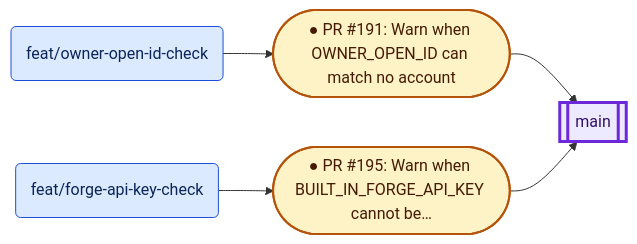
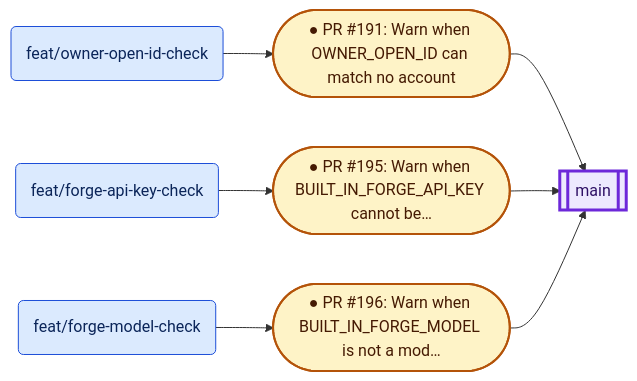
Before and after one commit to VijayKumaro7/NotionAI_Notepad: the fifth of 7 diagrams in docs/PR_BRANCH_VISUALIZATION.md, drawn with Mermaid. The commit also changed other lines of this file and 2 other files, not shown here.

````diff
--- a/docs/PR_BRANCH_VISUALIZATION.md
+++ b/docs/PR_BRANCH_VISUALIZATION.md
@@ -783,17 +791,21 @@
 ```mermaid
 flowchart LR
-  b92("feat/owner-open-id-check"):::source
-  b97[["main"]]:::target
-  b91("feat/forge-api-key-check"):::source
+  b94("feat/owner-open-id-check"):::source
+  b99[["main"]]:::target
+  b92("feat/forge-api-key-check"):::source
+  b93("feat/forge-model-check"):::source
   p191(["● PR #191: Warn when OWNER_OPEN_ID can match no account"]):::open
   p195(["● PR #195: Warn when BUILT_IN_FORGE_API_KEY cannot be…"]):::open
-  b92 --> p191
-  p191 --> b97
-  b91 --> p195
-  p195 --> b97
+  p196(["● PR #196: Warn when BUILT_IN_FORGE_MODEL is not a mod…"]):::open
+  b94 --> p191
+  p191 --> b99
+  b92 --> p195
+  p195 --> b99
+  b93 --> p196
+  p196 --> b99
   classDef source fill:#dbeafe,stroke:#1d4ed8,color:#0b2559
   classDef target fill:#ede9fe,stroke:#6d28d9,stroke-width:3px,color:#2e1065
   classDef open fill:#fef3c7,stroke:#b45309,stroke-width:2px,color:#451a03
   classDef merged fill:#dcfce7,stroke:#15803d,color:#052e16
   classDef closed fill:#f3f4f6,stroke:#b91c1c,stroke-dasharray:5 3,color:#111827
 ```
````
